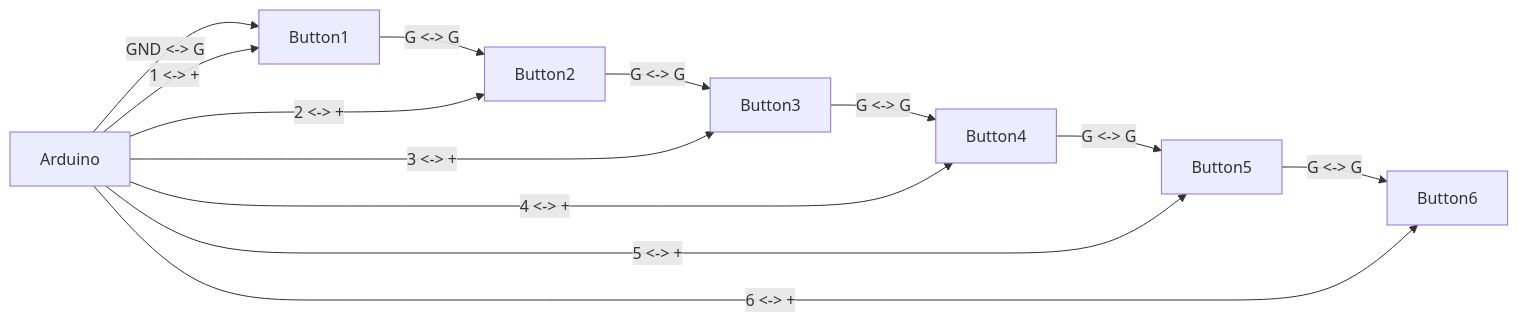
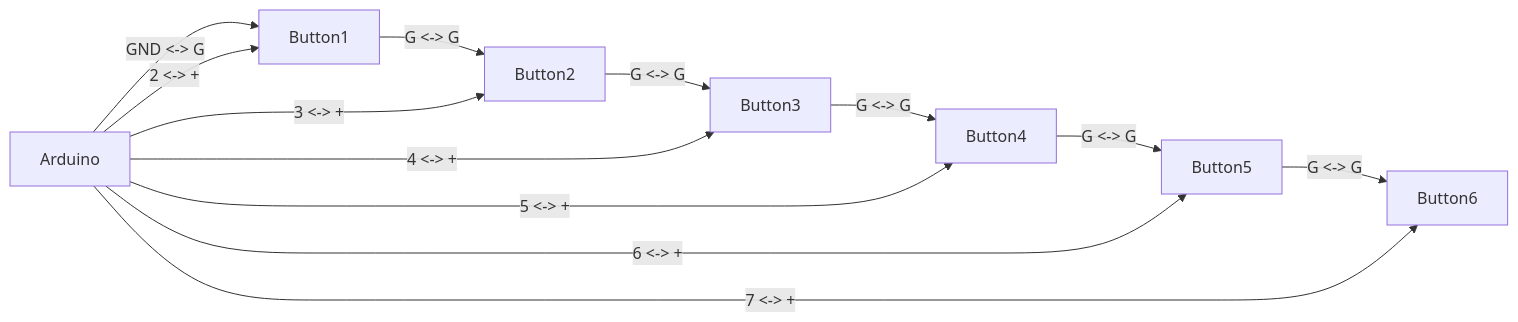
The diagram in README.md (nicek/passwordKeyboard), drawn with Mermaid before and after one commit.

````diff
--- a/README.md
+++ b/README.md
@@ -6,15 +6,15 @@
 ```mermaid
 graph LR
 A[Arduino] -- GND <-> G --> B[Button1]
-A[Arduino] -- 1 <-> + --> B[Button1]
+A[Arduino] -- 2 <-> + --> B[Button1]
 B[Button1] -- G <-> G --> C[Button2]
-A[Arduino] -- 2 <-> + --> C[Button2]
+A[Arduino] -- 3 <-> + --> C[Button2]
 C[Button2] -- G <-> G --> D[Button3]
-A[Arduino] -- 3 <-> + --> D[Button3]
+A[Arduino] -- 4 <-> + --> D[Button3]
 D[Button3] -- G <-> G --> E[Button4]
-A[Arduino] -- 4 <-> + --> E[Button4]
+A[Arduino] -- 5 <-> + --> E[Button4]
 E[Button4] -- G <-> G --> F[Button5]
-A[Arduino] -- 5 <-> + --> F[Button5]
+A[Arduino] -- 6 <-> + --> F[Button5]
 F[Button5] -- G <-> G --> G[Button6]
-A[Arduino] -- 6 <-> + --> G[Button6]
+A[Arduino] -- 7 <-> + --> G[Button6]
 ```
````
